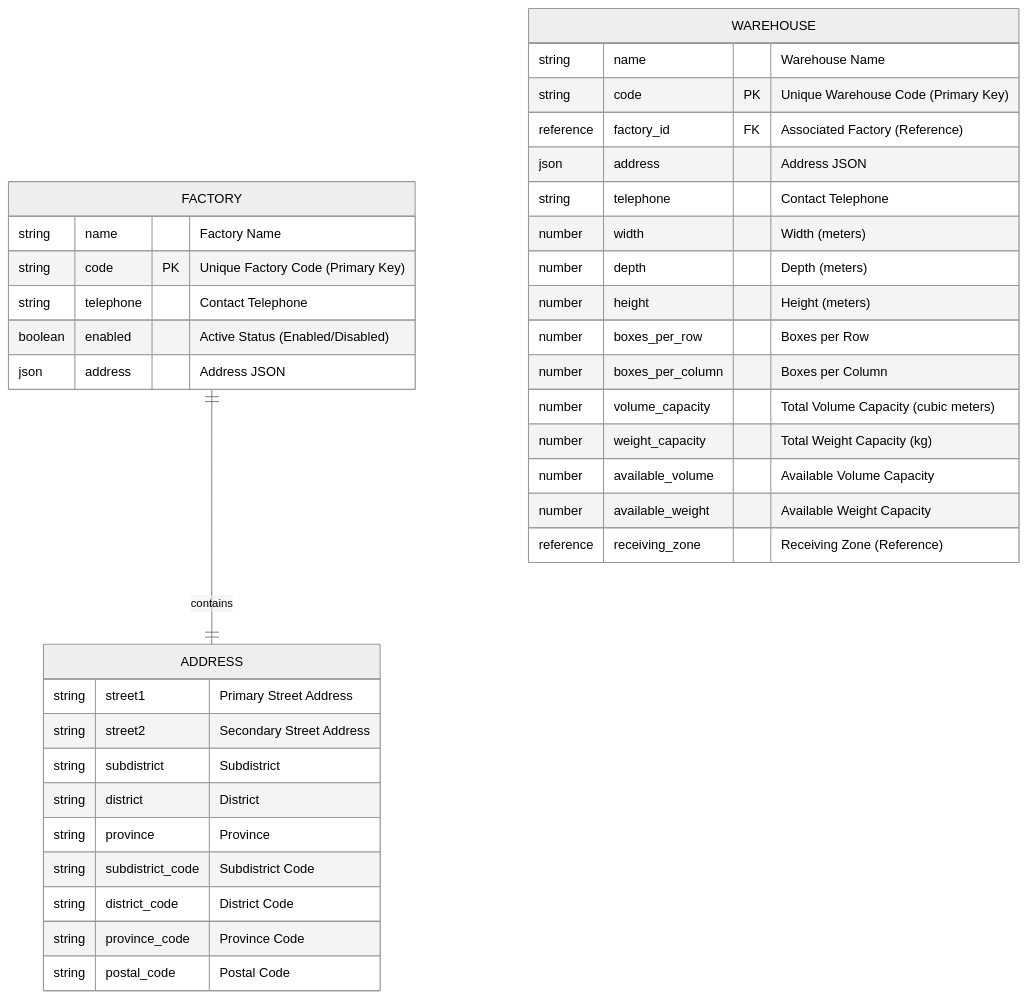
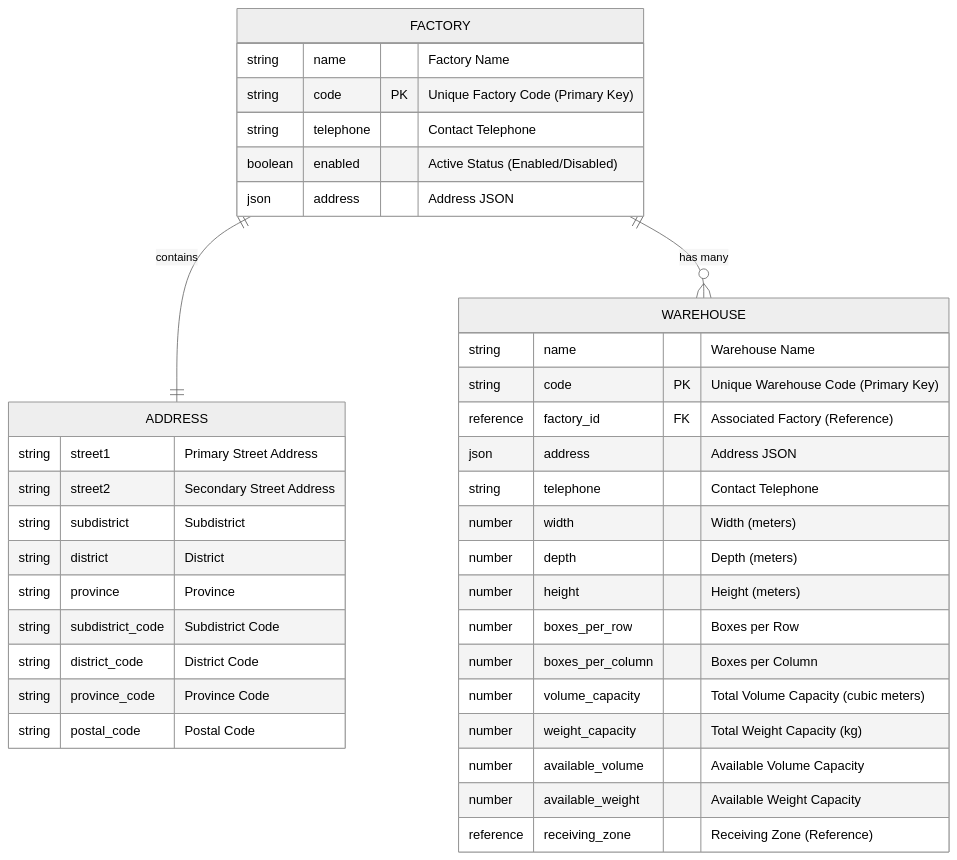
Before and after one commit to boonlertChin/ff-2u-mermaid-doc: the second of 2 diagrams in entities.md, drawn with Mermaid (neutral theme).

Commit message:
add relation factory wiht wh

````diff
--- a/entities.md
+++ b/entities.md
@@ -23,43 +23,45 @@
 ```mermaid
 erDiagram
 
     FACTORY {
         string name "Factory Name"
         string code PK "Unique Factory Code (Primary Key)"
         string telephone "Contact Telephone"
         boolean enabled "Active Status (Enabled/Disabled)"
         json address "Address JSON"
     }
 
     ADDRESS {
         string street1 "Primary Street Address"
         string street2 "Secondary Street Address"
         string subdistrict "Subdistrict"
         string district "District"
         string province "Province"
         string subdistrict_code "Subdistrict Code"
         string district_code "District Code"
         string province_code "Province Code"
         string postal_code "Postal Code"
     }
 
     FACTORY ||--|| ADDRESS: "contains"
 
    WAREHOUSE {
         string name "Warehouse Name"
         string code PK "Unique Warehouse Code (Primary Key)"
         reference factory_id FK "Associated Factory (Reference)"
         json address "Address JSON"
         string telephone "Contact Telephone"
         number width "Width (meters)"
         number depth "Depth (meters)"
         number height "Height (meters)"
         number boxes_per_row "Boxes per Row"
         number boxes_per_column "Boxes per Column"
         number volume_capacity "Total Volume Capacity (cubic meters)"
         number weight_capacity "Total Weight Capacity (kg)"
         number available_volume "Available Volume Capacity"
         number available_weight "Available Weight Capacity"
         reference receiving_zone "Receiving Zone (Reference)"
     } 
+
+    FACTORY ||--o{ WAREHOUSE: "has many"
 ```
````
